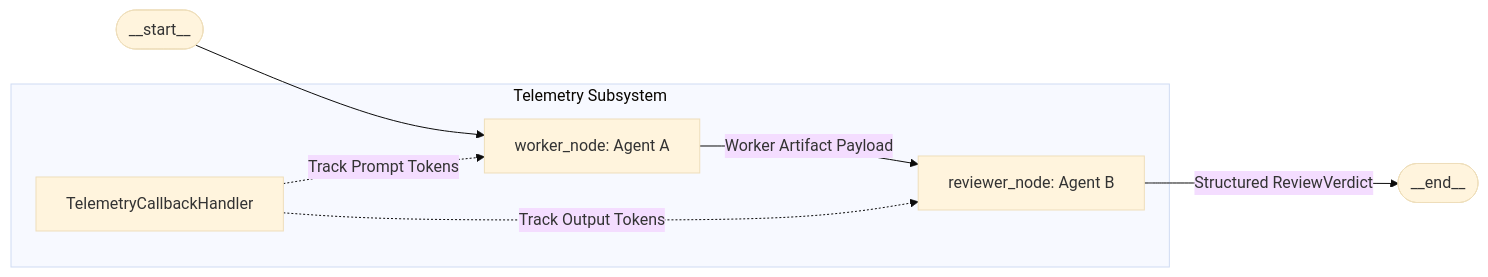
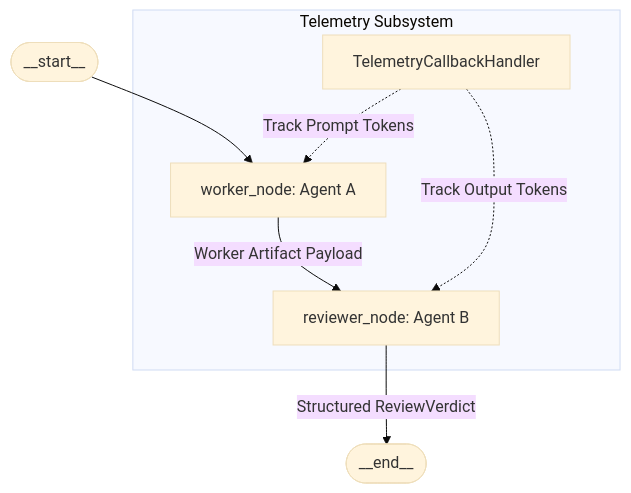
Before and after one commit to spdwivedi/agentic-foundry-suite: the fifth of 6 diagrams in notes/architecture.md, drawn with Mermaid (base theme). The commit also changed other lines of this file and 14 other files, not shown here.

````diff
--- a/notes/architecture.md
+++ b/notes/architecture.md
@@ -88,12 +91,12 @@
 ```mermaid
-flowchart LR
+flowchart TD
     StartNode([__start__]) --> WorkerNode[worker_node: Agent A]
     WorkerNode -->|Worker Artifact Payload| ReviewerNode[reviewer_node: Agent B]
     ReviewerNode -->|Structured ReviewVerdict| EndNode([__end__])
     
     subgraph Telemetry Subsystem
         Handler[TelemetryCallbackHandler]
         Handler -.->|Track Prompt Tokens| WorkerNode
         Handler -.->|Track Output Tokens| ReviewerNode
     end
 ```
````
